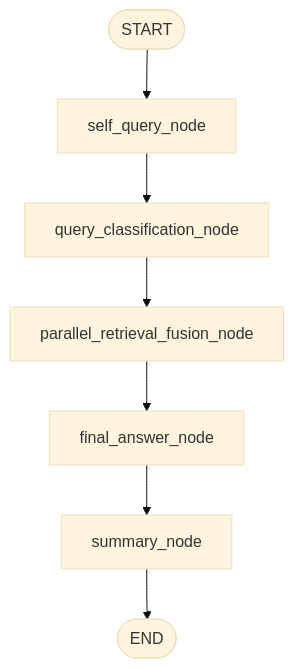
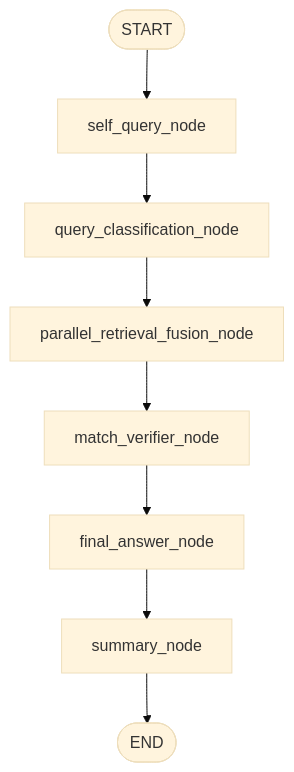
Before and after one commit to TheBestCapstone/CS32-1-surveillance-video-query-llm: the diagram in agent/architecture.md, drawn with Mermaid (base theme). The commit also changed other lines of this file and 30 other files, not shown here.

````diff
--- a/agent/architecture.md
+++ b/agent/architecture.md
@@ -7,9 +9,10 @@
 ```mermaid
 flowchart TD
     START([START]) --> SELFQ[self_query_node]
     SELFQ --> CLASSIFY[query_classification_node]
     CLASSIFY --> PARALLEL[parallel_retrieval_fusion_node]
-    PARALLEL --> ANSWER[final_answer_node]
+    PARALLEL --> VERIFY[match_verifier_node]
+    VERIFY --> ANSWER[final_answer_node]
     ANSWER --> SUMMARY[summary_node]
     SUMMARY --> END([END])
 ```
````
